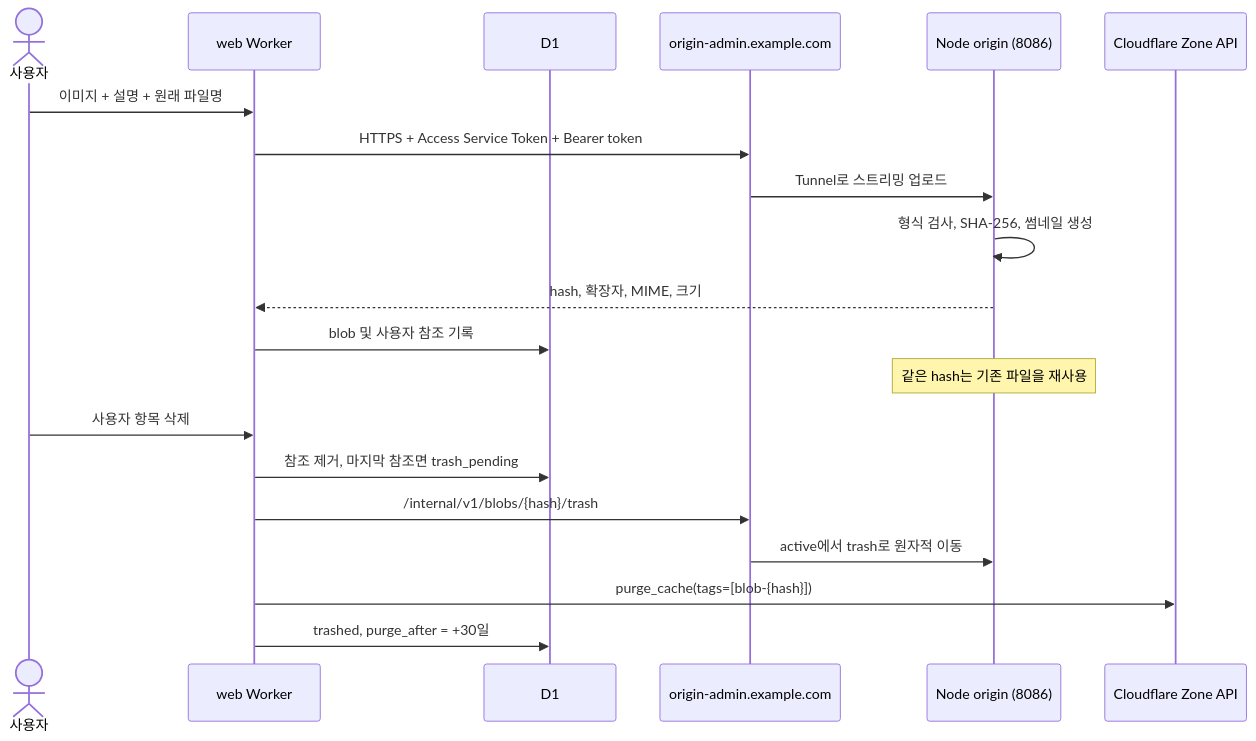
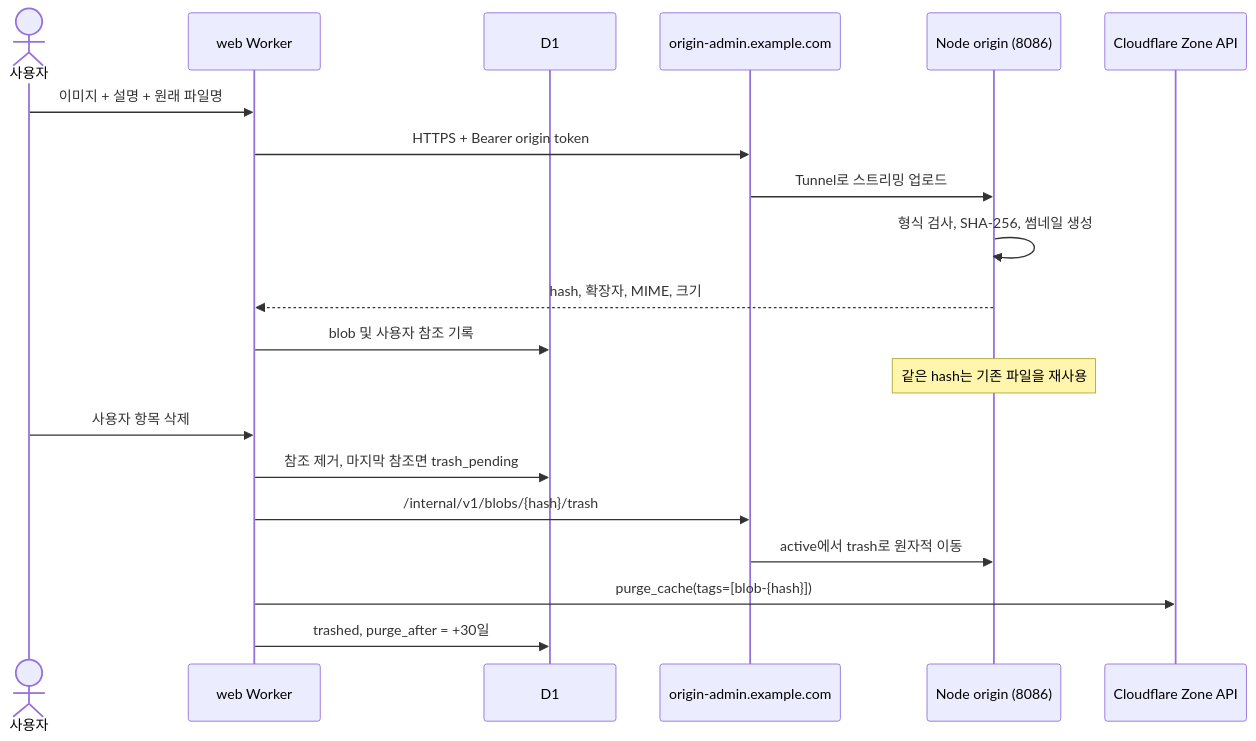
One commit to octopus7/meme changed the third of 4 diagrams in docs/architecture.md. Above: the diagram before and after it, drawn with Mermaid. The commit also changed other lines of this file and 11 other files, not shown here.

````diff
--- a/docs/architecture.md
+++ b/docs/architecture.md
@@ -85,24 +83,24 @@
 ```mermaid
 sequenceDiagram
     actor U as 사용자
     participant W as web Worker
     participant D as D1
     participant A as origin-admin.example.com
     participant O as Node origin (8086)
     participant C as Cloudflare Zone API
 
     U->>W: 이미지 + 설명 + 원래 파일명
-    W->>A: HTTPS + Access Service Token + Bearer token
+    W->>A: HTTPS + Bearer origin token
     A->>O: Tunnel로 스트리밍 업로드
     O->>O: 형식 검사, SHA-256, 썸네일 생성
     O-->>W: hash, 확장자, MIME, 크기
     W->>D: blob 및 사용자 참조 기록
     Note over O: 같은 hash는 기존 파일을 재사용
 
     U->>W: 사용자 항목 삭제
     W->>D: 참조 제거, 마지막 참조면 trash_pending
     W->>A: /internal/v1/blobs/{hash}/trash
     A->>O: active에서 trash로 원자적 이동
     W->>C: purge_cache(tags=[blob-{hash}])
     W->>D: trashed, purge_after = +30일
 ```
````
